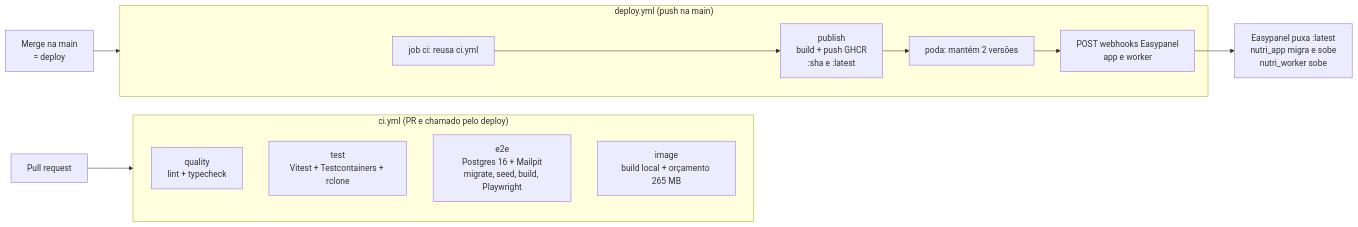
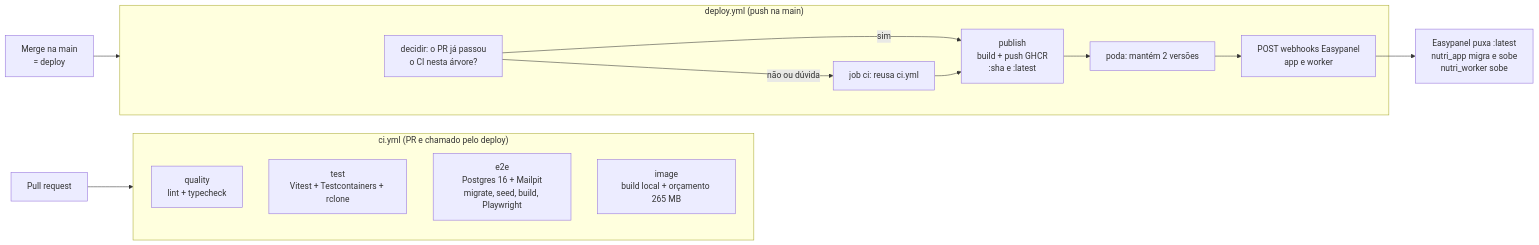
Before and after one commit to fabianojp06/nutridebby: the fourth of 4 diagrams in docs/manual-tecnico/01-visao-geral-e-arquitetura.md, drawn with Mermaid. The commit also changed other lines of this file and 6 other files, not shown here.

First line of the commit message:
ci(deploy): não repete o CI que o PR já passou na mesma árvore

````diff
--- a/docs/manual-tecnico/01-visao-geral-e-arquitetura.md
+++ b/docs/manual-tecnico/01-visao-geral-e-arquitetura.md
@@ -564,17 +564,19 @@
 ```mermaid
 flowchart LR
   PR[Pull request] --> CI
   subgraph CI["ci.yml (PR e chamado pelo deploy)"]
     Q[quality<br/>lint + typecheck]
     TE[test<br/>Vitest + Testcontainers + rclone]
     E2E[e2e<br/>Postgres 16 + Mailpit<br/>migrate, seed, build, Playwright]
     IMG[image<br/>build local + orçamento 265 MB]
   end
   M[Merge na main<br/>= deploy] --> D
   subgraph D["deploy.yml (push na main)"]
-    C2[job ci: reusa ci.yml] --> PUB[publish<br/>build + push GHCR<br/>:sha e :latest]
+    DEC[decidir: o PR já passou<br/>o CI nesta árvore?] -->|não ou dúvida| C2[job ci: reusa ci.yml]
+    DEC -->|sim| PUB
+    C2 --> PUB[publish<br/>build + push GHCR<br/>:sha e :latest]
     PUB --> PODA[poda: mantém 2 versões]
     PODA --> HK[POST webhooks Easypanel<br/>app e worker]
   end
   HK --> EP[Easypanel puxa :latest<br/>nutri_app migra e sobe<br/>nutri_worker sobe]
 ```
````
